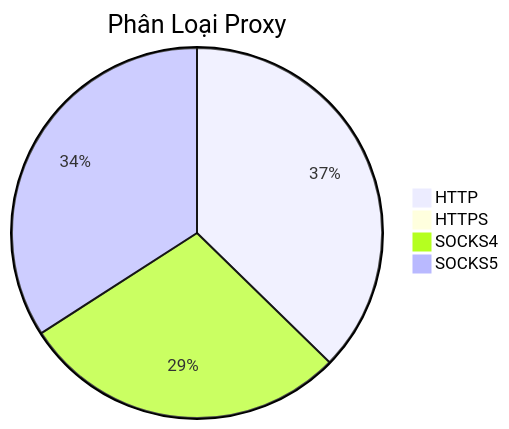
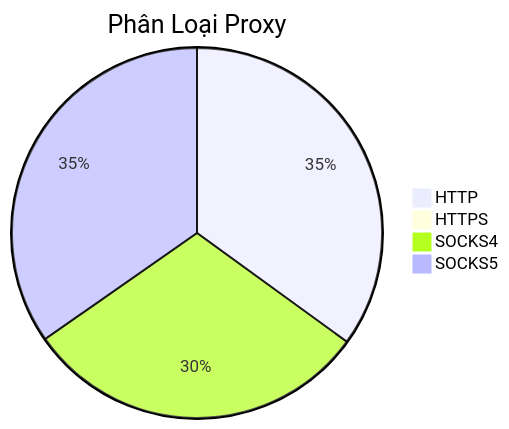
One commit to Ciara-12/PROXY-free changed the diagram in README.md. Above: the diagram before and after it, drawn with Mermaid. The commit also changed other lines of this file and 3 other files, not shown here.

````diff
--- a/README.md
+++ b/README.md
@@ -26,7 +26,7 @@
 ```mermaid
 pie title Phân Loại Proxy
-    "HTTP" : 407
+    "HTTP" : 366
     "HTTPS" : 0
-    "SOCKS4" : 312
-    "SOCKS5" : 372
+    "SOCKS4" : 317
+    "SOCKS5" : 363
 ```
````
